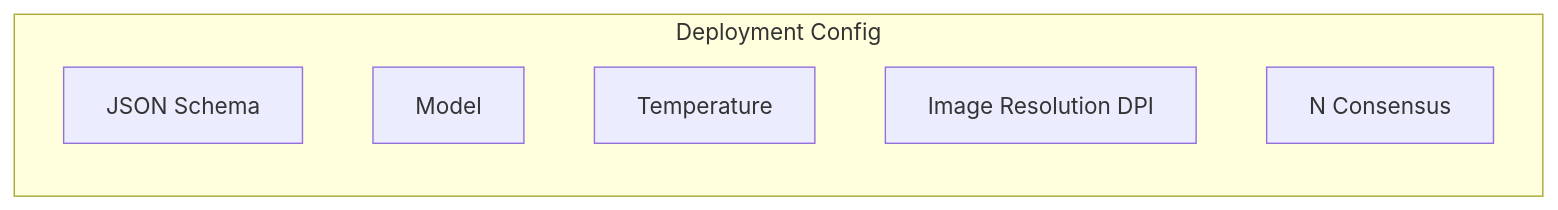
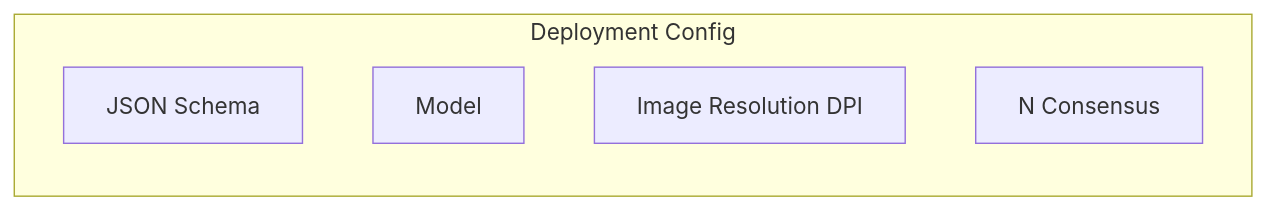
One commit to retab-dev/docs changed the diagram in projects/Projects.mdx. Above: the diagram before and after it, drawn with Mermaid. The commit also changed other lines of this file and 12 other files, not shown here.

````diff
--- a/projects/Projects.mdx
+++ b/projects/Projects.mdx
@@ -15,10 +15,9 @@
 ```mermaid
 graph BT
     subgraph DS["Deployment Config"]
         JS["JSON Schema"]
         M["Model"]
-        T["Temperature"]
         DPI["Image Resolution DPI"]
         NC["N Consensus"]
     end
 ```
````
